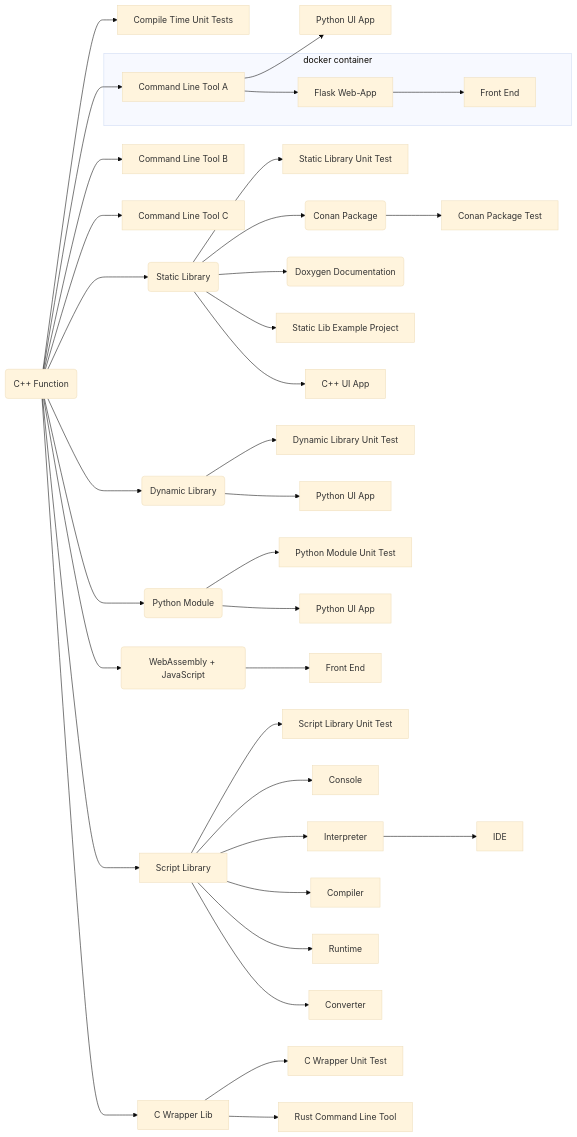
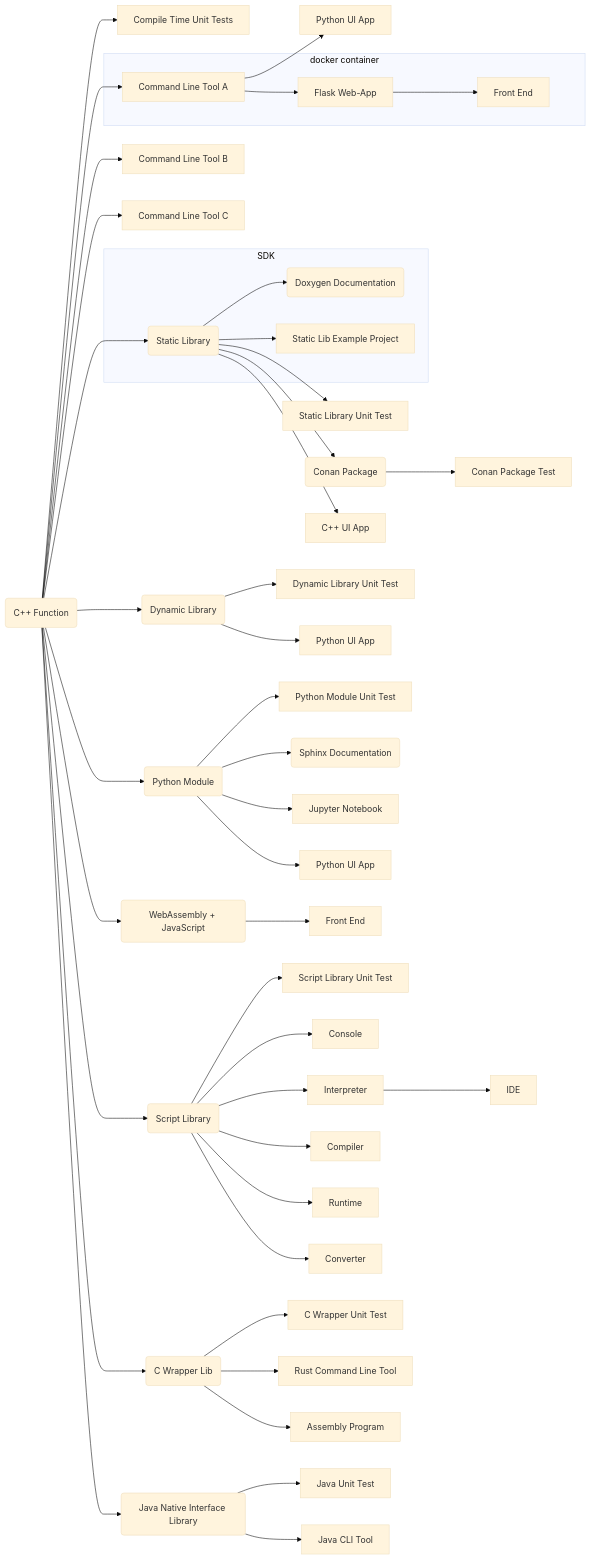
One commit to SebastianBach/full-stack changed the diagram in README.md. Above: the diagram before and after it, drawn with Mermaid (base theme). The commit also changed other lines of this file and 60 other files, not shown here.

````diff
--- a/README.md
+++ b/README.md
@@ -44,54 +54,64 @@
 ```mermaid
   flowchart LR;
 
     F(C++ Function) --> CUT[Compile Time Unit Tests];
 
     F --> CLI1[Command Line Tool A]
     F --> CLI2[Command Line Tool B]
     F --> CLI3[Command Line Tool C]
 
     CLI1 --> PYAPP2[Python UI App]
 
     F --> LIB(Static Library)
+    
+    subgraph SDK
+    LIB --> DOXYGEN(Doxygen Documentation)
+    LIB --> LIBEX[Static Lib Example Project]
+    end
 
     LIB --> LIBTEST[Static Library Unit Test]
     LIB --> C(Conan Package)
-    LIB --> DOXYGEN(Doxygen Documentation)
-    LIB --> LIBEX[Static Lib Example Project]
 
     LIB --> QTCPP[C++ UI App]
 
     F --> DLL(Dynamic Library)
     DLL --> DLLTEST[Dynamic Library Unit Test]
     DLL --> QTPYDLL[Python UI App]
 
     C --> CT[Conan Package Test]
 
     F --> PY(Python Module)
 
     subgraph docker container
     CLI1 --> SERVER[Flask Web-App]
     SERVER --> FRONT[Front End]
     end
 
     PY --> PYTEST[Python Module Unit Test]
+    PY --> SPHINX(Sphinx Documentation)
+    PY --> NOTEBOOK[Jupyter Notebook] 
     PY --> PYAPP[Python UI App]
 
     F --> WASM(WebAssembly + JavaScript)
 
     WASM --> WASMF[Front End]
 
-    F --> SCRIPTLIB[Script Library]
+    F --> SCRIPTLIB(Script Library)
 
     SCRIPTLIB --> SCRIPT_TEST[Script Library Unit Test]
     SCRIPTLIB --> SCRIPT_CONSOLE[Console]
     SCRIPTLIB --> SCRIPT_INTERPRETER[Interpreter]
     SCRIPT_INTERPRETER --> SCRIPT_IDE[IDE]
     SCRIPTLIB --> SCRIPT_COMPILER[Compiler]
     SCRIPTLIB --> SCRIPT_RUNTIME[Runtime]
     SCRIPTLIB --> SCRIPT_CONVERT[Converter]
 
-    F --> CWRAPPER[C Wrapper Lib]
+    F --> CWRAPPER(C Wrapper Lib)
     CWRAPPER --> CWRAPPER_TEST[C Wrapper Unit Test]
     CWRAPPER --> RUST_APP[Rust Command Line Tool]  
+    CWRAPPER --> ASM[Assembly Program] 
+
+    F --> JAVA_LIB(Java Native Interface Library)
+    JAVA_LIB --> JAVA_UNIT_TEST[Java Unit Test]  
+    JAVA_LIB --> JAVA_APP[Java CLI Tool] 
 ```
````
